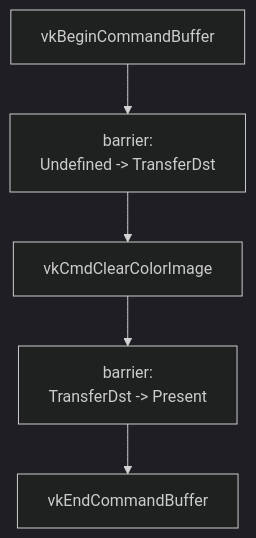
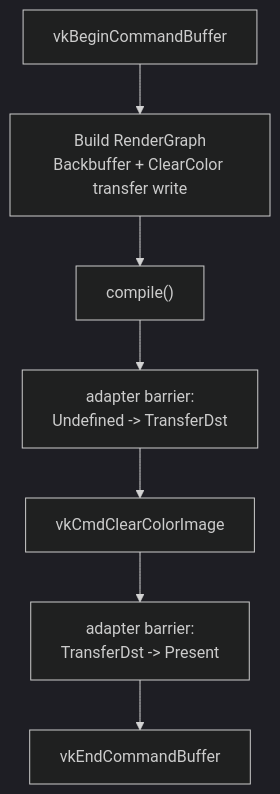
One commit to 66six11/Engine changed the fourth of 7 diagrams in docs/flow-architecture.md. Above: the diagram before and after it, drawn with Mermaid (dark theme). The commit also changed other lines of this file and 4 other files, not shown here.

Commit message:
Route frame smoke through render graph callback

````diff
--- a/docs/flow-architecture.md
+++ b/docs/flow-architecture.md
@@ -113,10 +114,12 @@
 ```mermaid
 flowchart TD
     Begin["vkBeginCommandBuffer"]
-    ToTransfer["barrier:<br/>Undefined -> TransferDst"]
+    BuildGraph["Build RenderGraph<br/>Backbuffer + ClearColor transfer write"]
+    Compile["compile()"]
+    ToTransfer["adapter barrier:<br/>Undefined -> TransferDst"]
     Clear["vkCmdClearColorImage"]
-    ToPresent["barrier:<br/>TransferDst -> Present"]
+    ToPresent["adapter barrier:<br/>TransferDst -> Present"]
     End["vkEndCommandBuffer"]
 
-    Begin --> ToTransfer --> Clear --> ToPresent --> End
+    Begin --> BuildGraph --> Compile --> ToTransfer --> Clear --> ToPresent --> End
 ```
````
